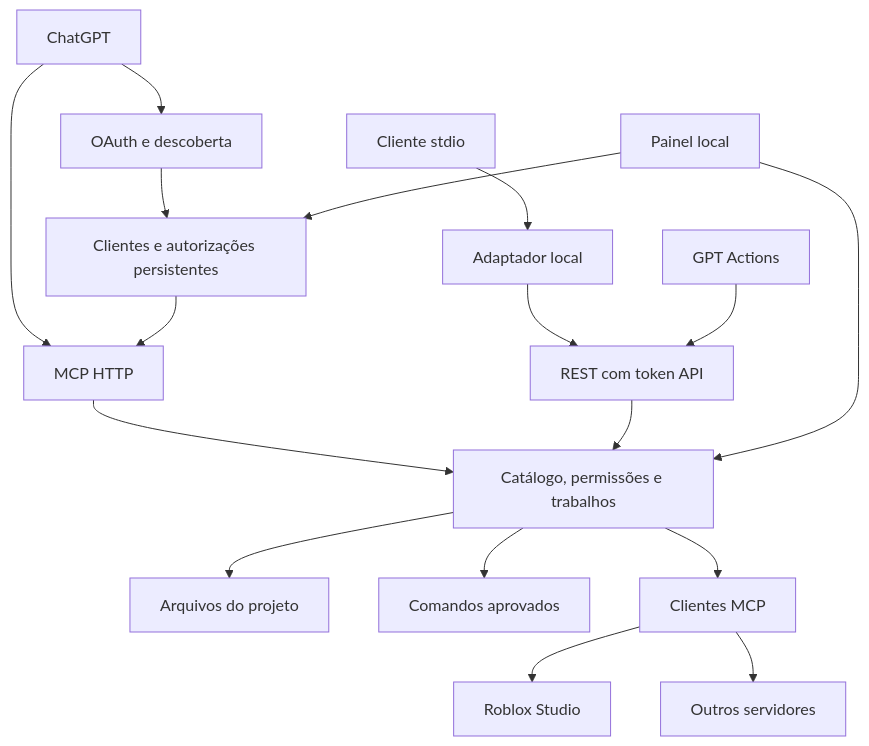
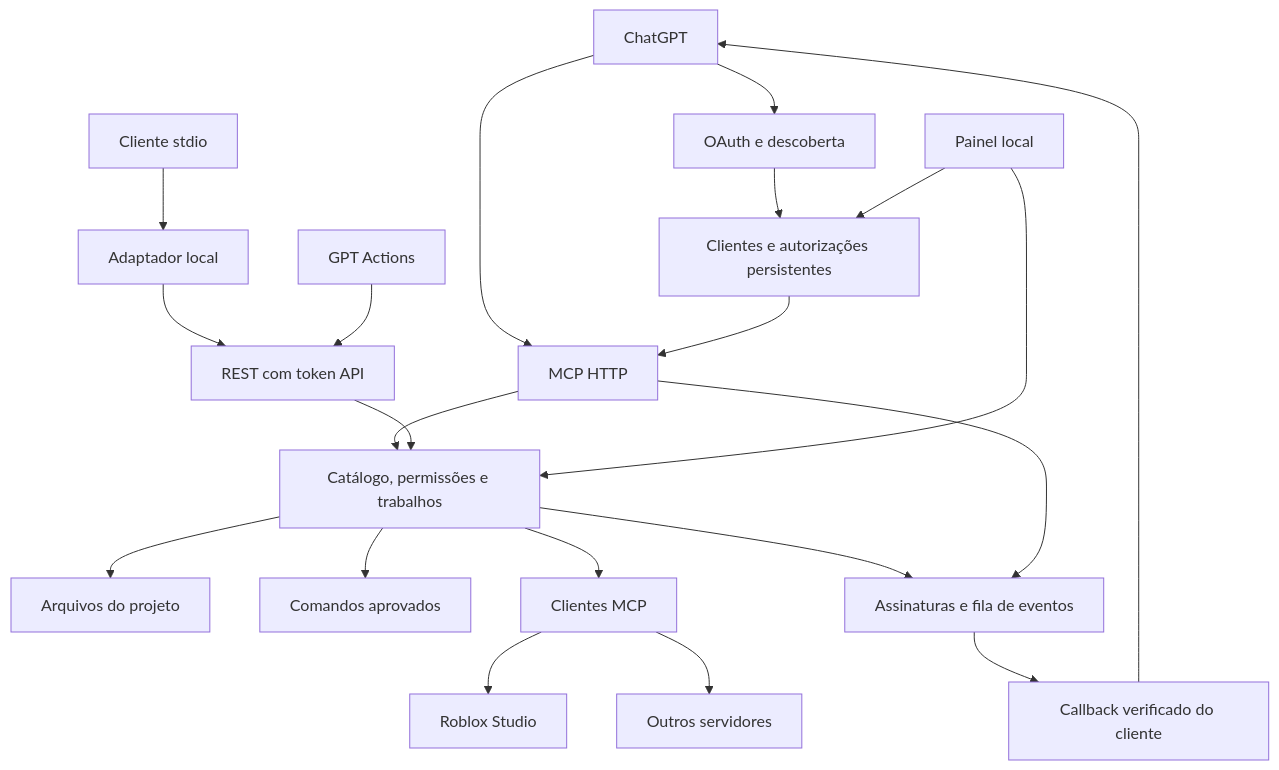
Before and after one commit to V1yn1/ponte-mcp: the diagram in docs/ARQUITETURA.md, drawn with Mermaid. The commit also changed other lines of this file and 43 other files, not shown here.

First line of the commit message:
Add MCP Events and automatic approvals (v0.4.0)

````diff
--- a/docs/ARQUITETURA.md
+++ b/docs/ARQUITETURA.md
@@ -5,19 +5,23 @@
 ```mermaid
 flowchart TD
     Chat["ChatGPT"] --> OAuth["OAuth e descoberta"]
     Chat --> MCP["MCP HTTP"]
     Local["Cliente stdio"] --> Adaptador["Adaptador local"]
     Adaptador --> REST["REST com token API"]
     Actions["GPT Actions"] --> REST
     OAuth --> Credenciais["Clientes e autorizações persistentes"]
     Credenciais --> MCP
     MCP --> Core["Catálogo, permissões e trabalhos"]
     REST --> Core
     Painel["Painel local"] --> Core
     Painel --> Credenciais
     Core --> Arquivos["Arquivos do projeto"]
     Core --> Processo["Comandos aprovados"]
     Core --> Hub["Clientes MCP"]
     Hub --> Studio["Roblox Studio"]
     Hub --> Outros["Outros servidores"]
+    Core --> Events["Assinaturas e fila de eventos"]
+    MCP --> Events
+    Events --> Callback["Callback verificado do cliente"]
+    Callback --> Chat
 ```
````
